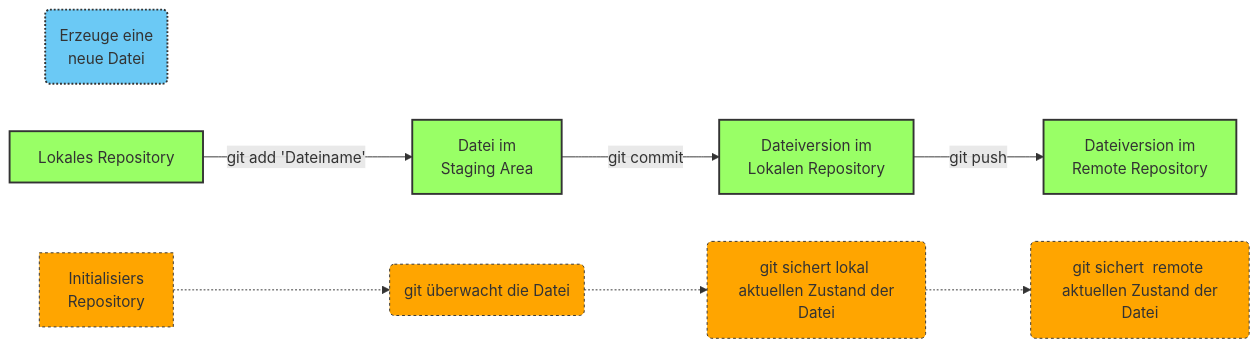
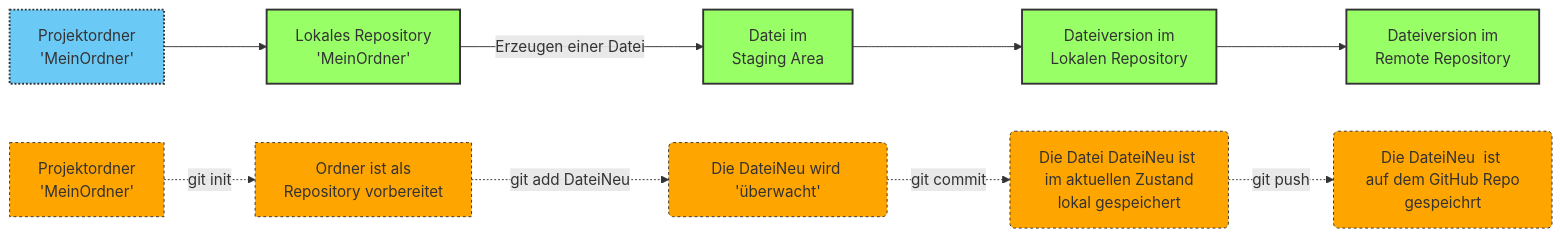
One commit to ammrie/Praxislab changed the second of 2 diagrams in modules/de-git-module.qmd. Above: the diagram before and after it, drawn with Mermaid. The commit also changed other lines of this file and 1 other file, not shown here.

Commit message:
update diagram

````diff
--- a/modules/de-git-module.qmd
+++ b/modules/de-git-module.qmd
@@ -110,25 +110,24 @@
 ```{mermaid}
-%%| fig-cap: Ablauf Stage-Commit-Push  eine Datei
-
+%%| fig-cap: Ablauf init-add-commit-push  
 graph LR
-    Z(Erzeuge eine <br> neue Datei)
+    A[Projektordner <br> 'MeinOrdner'] --> 
+    B[Lokales Repository <br> 'MeinOrdner'] -- Erzeugen einer Datei -->
+    C[Datei im <br>Staging Area] --> 
+    D[Dateiversion im <br> Lokalen Repository ] --> 
+    E[Dateiversion im <br> Remote Repository ]
     
-    A[Lokales Repository] -- git add 'Dateiname' --> B[Datei im <br>Staging Area]
-    B -- git commit --> C[Dateiversion im <br> Lokalen Repository ]
-    C -- git push --> D[Dateiversion im <br> Remote Repository ]
-    
-    AA[Initialisiers <br> Repository] -.-> BB(git überwacht die Datei)
-    BB -.-> CC(git sichert lokal <br> aktuellen Zustand der Datei)
-    CC -.-> DD(git sichert  remote <br> aktuellen Zustand der Datei)
-    
-
+    AA[Projektordner <br> 'MeinOrdner'] -.git init.-> 
+    BB[Ordner ist als  <br> Repository vorbereitet] -.git add DateiNeu.->
+    CC(Die DateiNeu wird 'überwacht') -.git commit.-> 
+    DD(Die Datei DateiNeu ist <br> im aktuellen Zustand lokal gespeichert) -.git push.-> 
+    EE(Die DateiNeu  ist <br> auf dem GitHub Repo gespeichrt)
 
     classDef green fill:#9f6,stroke:#333,stroke-width:2px
     classDef blue fill:#6BC9F5,stroke:#333,stroke-width:2px,stroke-dasharray: 2
     classDef orange fill:orange,stroke:#333,stroke-width:1px,stroke-dasharray: 3
-    class Z blue
-    class A,B,C,D green
-    class DD,CC,AA,BB orange
+    class A blue
+    class B,C,D,D,E,F green
+    class DD,CC,AA,BB,EE orange
 
 
 ```
````
